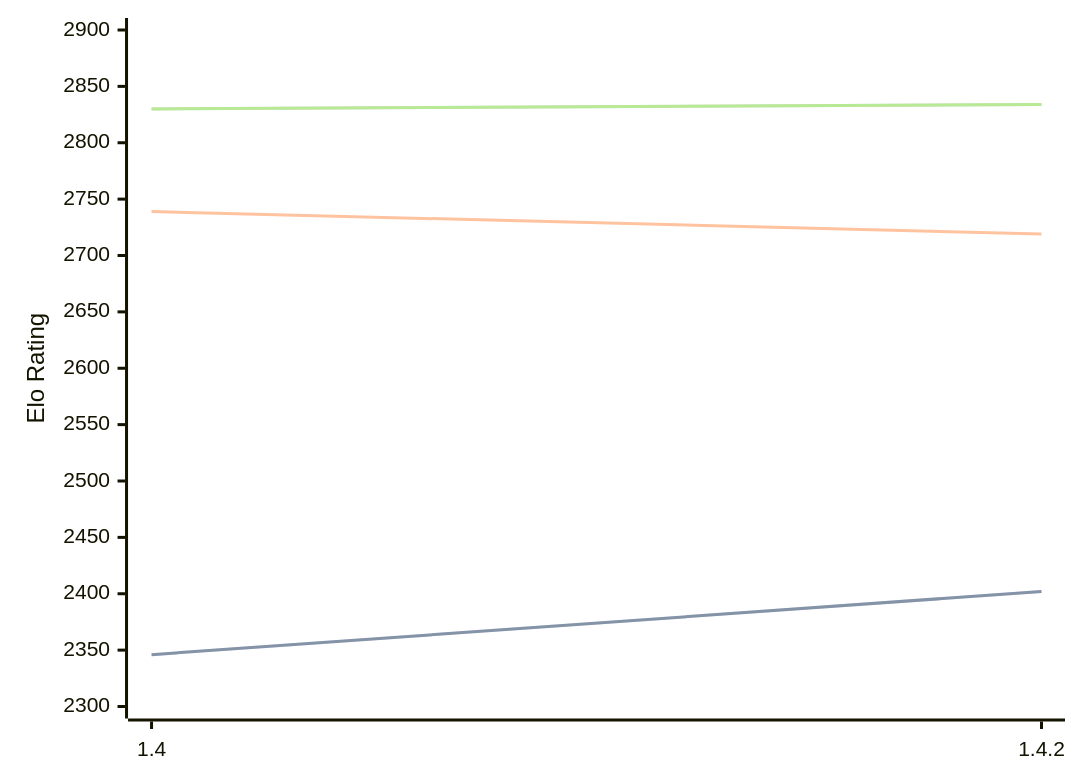
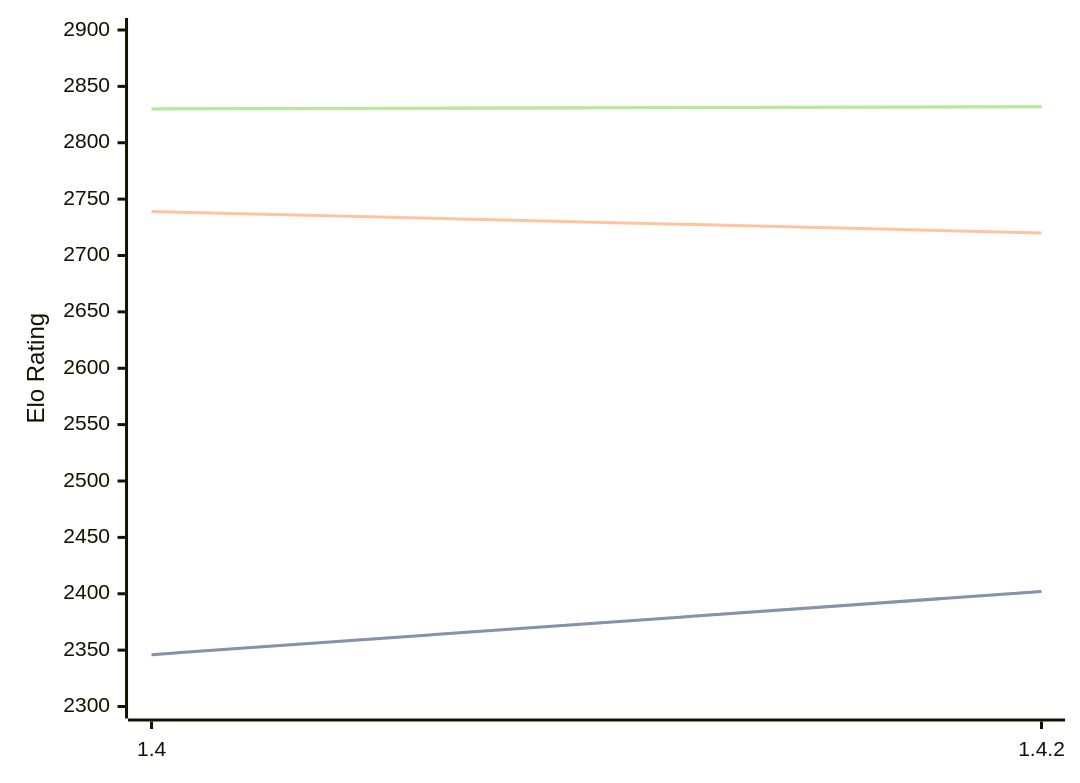
The diagram in engines/Spike.md (computer-chess-index/cci), drawn with Mermaid before and after one commit. The commit also changed other lines of this file, not shown here.

Commit message:
Update CCI Ratings (ELO VLTC) - 2026-09-30

````diff
--- a/engines/Spike.md
+++ b/engines/Spike.md
@@ -32,11 +32,11 @@
 ```mermaid
 %%{init: {"theme":"base","themeVariables":{"seriesColors:['#a3a3a3','#222221','#faa371']}}}%%
 xychart-beta
   x-axis ["1.4", "1.4.2"]
   y-axis "Elo Rating" 2300 --> 2900
   line "" [2346, 2402]
   line "STC (8.0+0.08s)" [2346, 2402]
-  line "LTC (60.0+0.60s)" [2739, 2719]
-  line "" [2830, 2834]
-  line "VLTC (2m24s+1.12s)" [2830, 2834]
+  line "LTC (60.0+0.60s)" [2739, 2720]
+  line "" [2830, 2832]
+  line "VLTC (2m24s+1.12s)" [2830, 2832]
 ```
````
